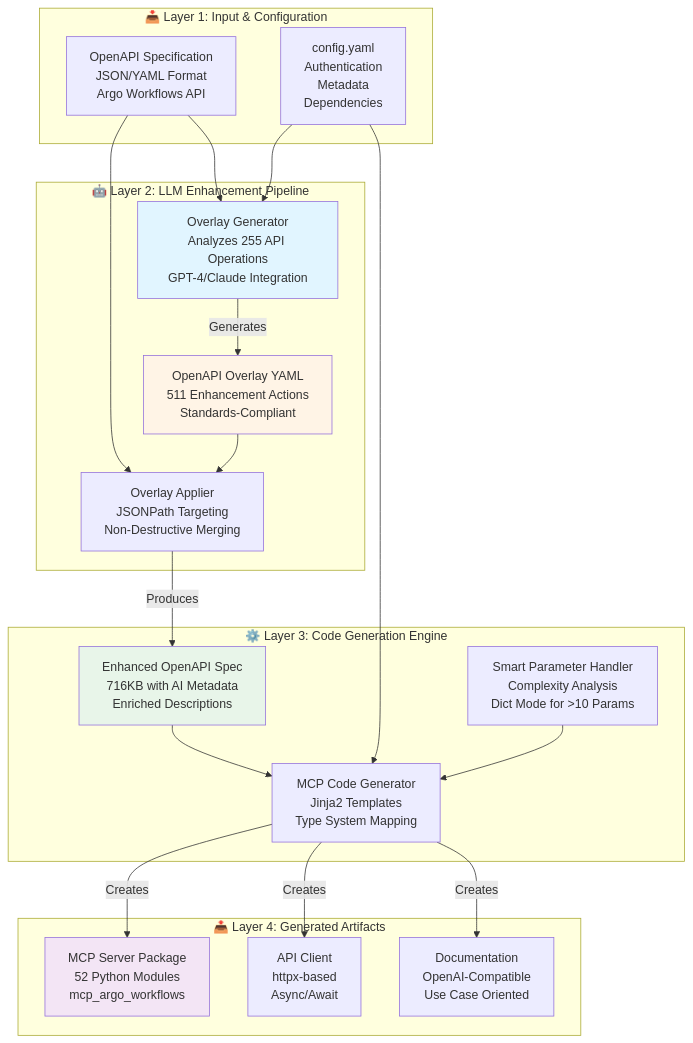
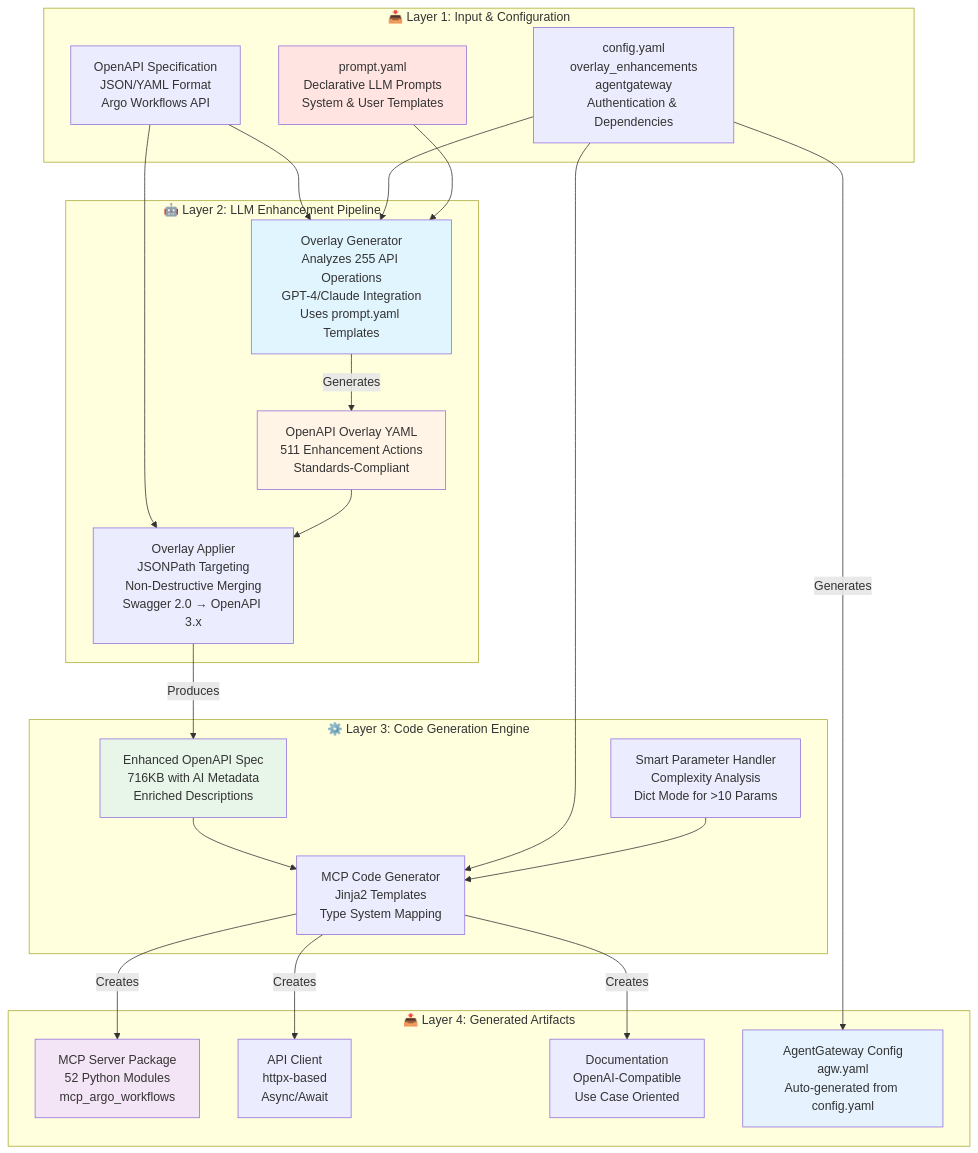
One commit to cnoe-io/openapi-mcp-codegen changed the third of 7 diagrams in Architecture.md. Above: the diagram before and after it, drawn with Mermaid. The commit also changed other lines of this file and 90 other files, not shown here.

````diff
--- a/Architecture.md
+++ b/Architecture.md
@@ -62,43 +125,49 @@
 ```mermaid
 flowchart TB
     subgraph Input["📥 Layer 1: Input & Configuration"]
         A1[OpenAPI Specification<br/>JSON/YAML Format<br/>Argo Workflows API]
-        A2[config.yaml<br/>Authentication<br/>Metadata<br/>Dependencies]
+        A2[config.yaml<br/>overlay_enhancements<br/>agentgateway<br/>Authentication & Dependencies]
+        A3[prompt.yaml<br/>Declarative LLM Prompts<br/>System & User Templates]
     end
 
     subgraph Enhancement["🤖 Layer 2: LLM Enhancement Pipeline"]
-        B1[Overlay Generator<br/>Analyzes 255 API Operations<br/>GPT-4/Claude Integration]
+        B1[Overlay Generator<br/>Analyzes 255 API Operations<br/>GPT-4/Claude Integration<br/>Uses prompt.yaml Templates]
         B2[OpenAPI Overlay YAML<br/>511 Enhancement Actions<br/>Standards-Compliant]
-        B3[Overlay Applier<br/>JSONPath Targeting<br/>Non-Destructive Merging]
+        B3[Overlay Applier<br/>JSONPath Targeting<br/>Non-Destructive Merging<br/>Swagger 2.0 → OpenAPI 3.x]
     end
 
     subgraph Generation["⚙️ Layer 3: Code Generation Engine"]
         C1[Enhanced OpenAPI Spec<br/>716KB with AI Metadata<br/>Enriched Descriptions]
         C2[MCP Code Generator<br/>Jinja2 Templates<br/>Type System Mapping]
         C3[Smart Parameter Handler<br/>Complexity Analysis<br/>Dict Mode for >10 Params]
     end
 
     subgraph Output["📤 Layer 4: Generated Artifacts"]
         D1[MCP Server Package<br/>52 Python Modules<br/>mcp_argo_workflows]
         D2[API Client<br/>httpx-based<br/>Async/Await]
         D3[Documentation<br/>OpenAI-Compatible<br/>Use Case Oriented]
+        D4[AgentGateway Config<br/>agw.yaml<br/>Auto-generated from config.yaml]
     end
 
     A1 --> B1
     A2 --> B1
+    A3 --> B1
     B1 -->|Generates| B2
     A1 --> B3
     B2 --> B3
     B3 -->|Produces| C1
     C1 --> C2
     A2 --> C2
     C3 --> C2
     C2 -->|Creates| D1
     C2 -->|Creates| D2
     C2 -->|Creates| D3
+    A2 -->|Generates| D4
 
+    style A3 fill:#ffe4e1
     style B1 fill:#e1f5ff
     style B2 fill:#fff4e6
     style C1 fill:#e8f5e9
     style D1 fill:#f3e5f5
+    style D4 fill:#e6f3ff
 ```
````
